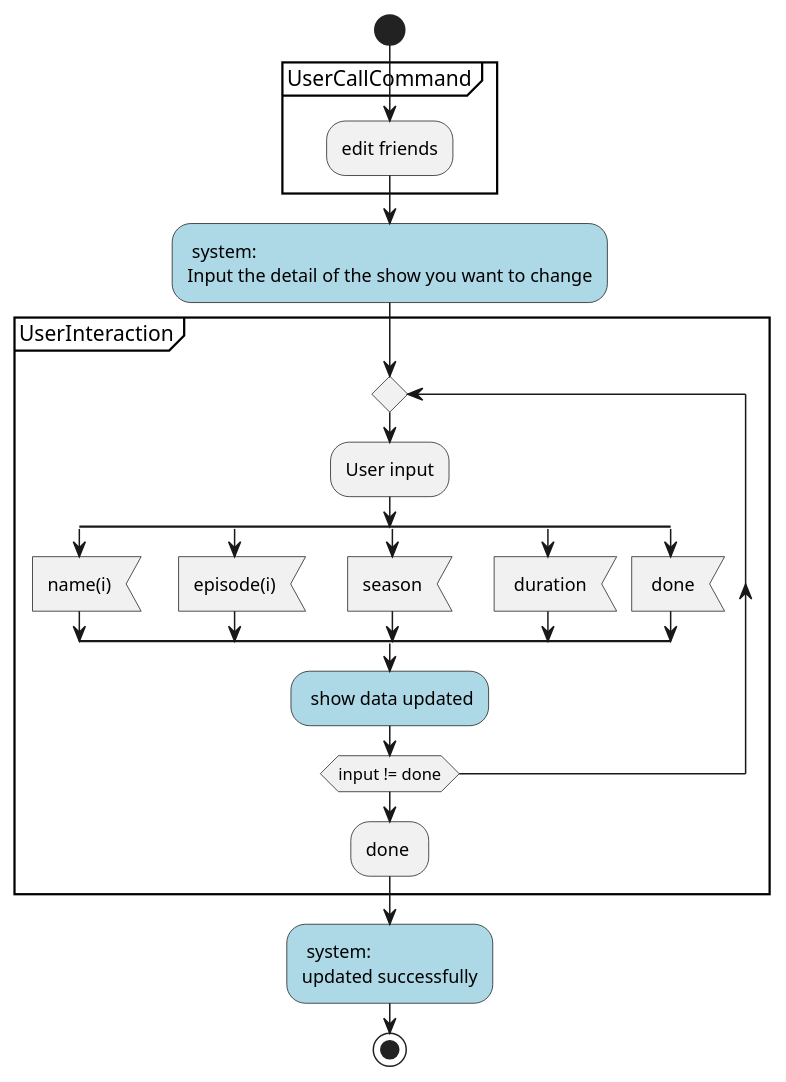
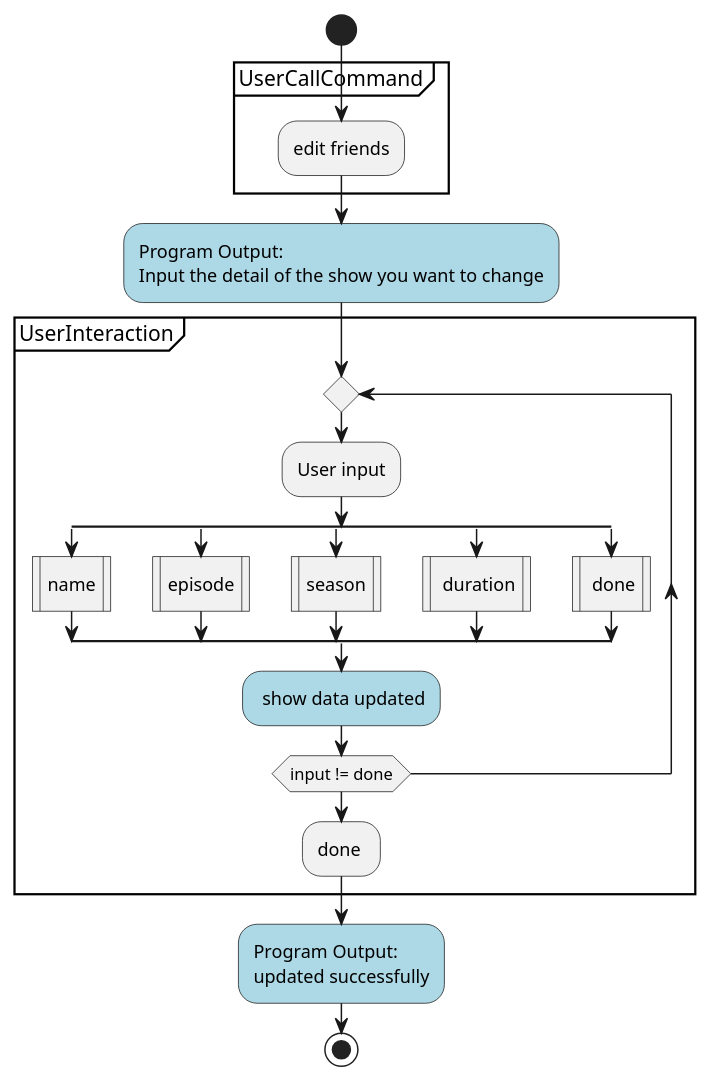
One commit to nus-cs2113-AY2021S1/tp changed the diagram in diagrams/programFlowUG.puml. Above: the diagram before and after it, drawn with PlantUML. The commit also changed 3 other files, not shown here.

```diff
--- a/diagrams/programFlowUG.puml
+++ b/diagrams/programFlowUG.puml
@@ -1,37 +1,37 @@
 @startuml
 
 start
 
 partition UserCallCommand {
       :edit friends;
   }
 
-#lightblue: system:
+#lightblue:Program Output:
 Input the detail of the show you want to change;
 
 partition UserInteraction {
 
 
    repeat
    :User input;
    split
-    :name(i)<
+    :name|
    split again
-    :episode(i)<
+    :episode|
    split again
-    :season<
+    :season|
    split again
-    : duration<
+    : duration|
 
     split again
-    : done<
+    : done|
    end split
    #lightblue: show data updated;
    repeat while (input != done)
    :done ;
   }
 
-#lightblue: system:
+#lightblue:Program Output:
 updated successfully;
 stop
 @enduml
```
